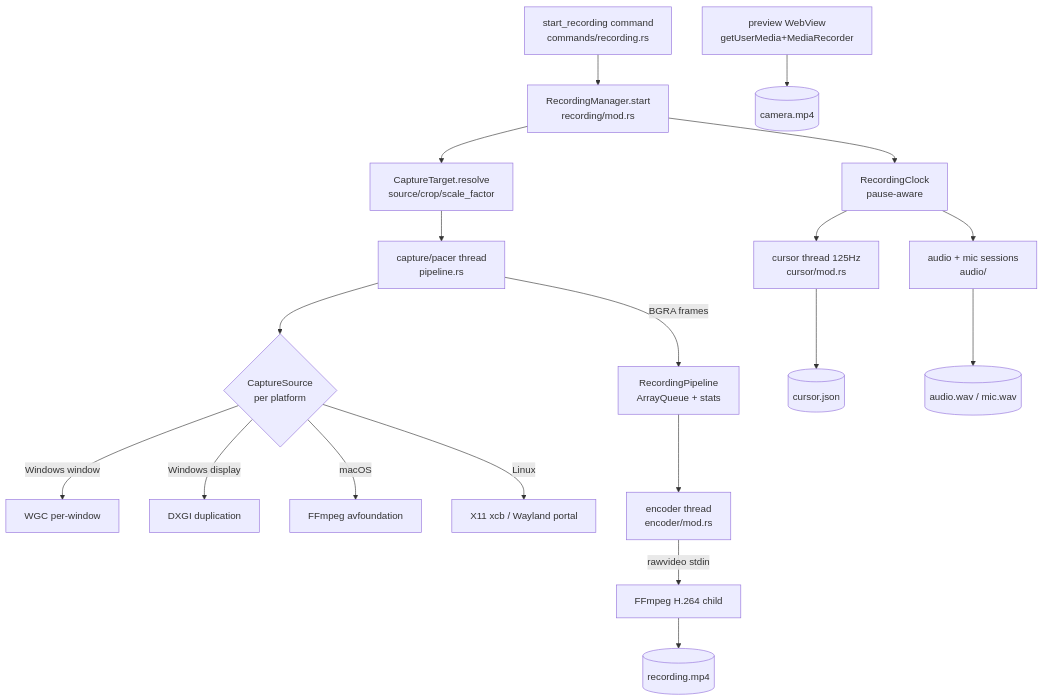
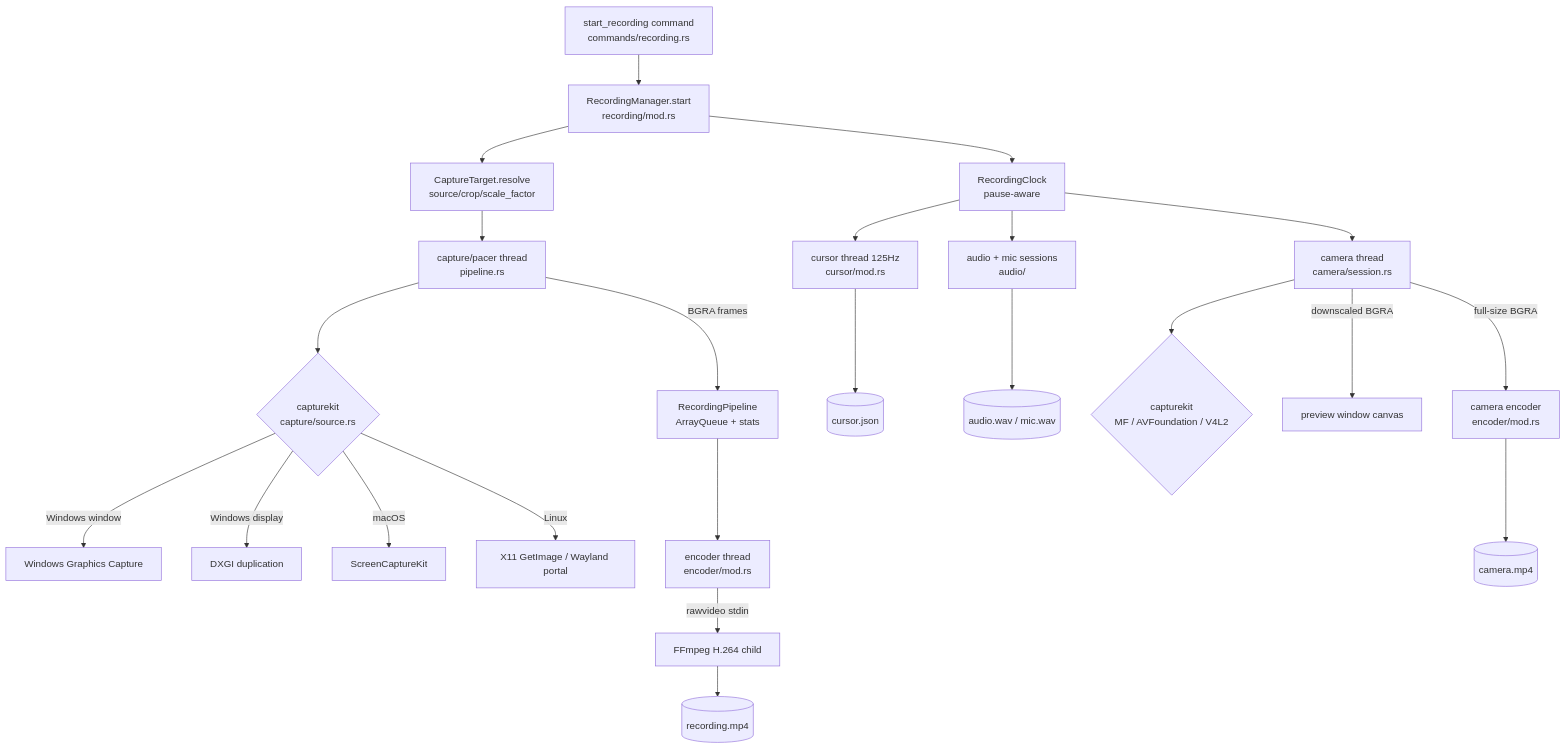
One commit to kanakkholwal/recast changed the first of 2 diagrams in apps/web/content/architecture/recording-pipeline.md. Above: the diagram before and after it, drawn with Mermaid. The commit also changed other lines of this file and 34 other files, not shown here.

First line of the commit message:
refactor: streamline capture handling and improve Wayland support

````diff
--- a/apps/web/content/architecture/recording-pipeline.md
+++ b/apps/web/content/architecture/recording-pipeline.md
@@ -68,24 +71,29 @@
 ```mermaid
 flowchart TD
     CMD[start_recording command<br/>commands/recording.rs] --> RM[RecordingManager.start<br/>recording/mod.rs]
     RM --> CT[CaptureTarget.resolve<br/>source/crop/scale_factor]
     RM --> CLOCK[RecordingClock<br/>pause-aware]
 
     CT --> CAP[capture/pacer thread<br/>pipeline.rs]
-    CAP --> SRC{CaptureSource<br/>per platform}
-    SRC -->|Windows window| WGC[WGC per-window]
+    CAP --> SRC{capturekit<br/>capture/source.rs}
+    SRC -->|Windows window| WGC[Windows Graphics Capture]
     SRC -->|Windows display| DXGI[DXGI duplication]
-    SRC -->|macOS| AVF[FFmpeg avfoundation]
-    SRC -->|Linux| X11WL[X11 xcb / Wayland portal]
+    SRC -->|macOS| SCK[ScreenCaptureKit]
+    SRC -->|Linux| X11WL[X11 GetImage / Wayland portal]
 
     CAP -->|BGRA frames| Q[RecordingPipeline<br/>ArrayQueue + stats]
     Q --> ENC[encoder thread<br/>encoder/mod.rs]
     ENC -->|rawvideo stdin| FF[FFmpeg H.264 child]
     FF --> MP4[(recording.mp4)]
 
     CLOCK --> CUR[cursor thread 125Hz<br/>cursor/mod.rs]
     CUR --> CJSON[(cursor.json)]
     CLOCK --> AUD[audio + mic sessions<br/>audio/]
     AUD --> WAV[(audio.wav / mic.wav)]
-    PREVIEW[preview WebView<br/>getUserMedia+MediaRecorder] --> CAMFILE[(camera.mp4)]
+
+    CLOCK --> CAM[camera thread<br/>camera/session.rs]
+    CAM --> CAPK{capturekit<br/>MF / AVFoundation / V4L2}
+    CAM -->|downscaled BGRA| BUBBLE[preview window canvas]
+    CAM -->|full-size BGRA| CENC[camera encoder<br/>encoder/mod.rs]
+    CENC --> CAMFILE[(camera.mp4)]
 ```
````
